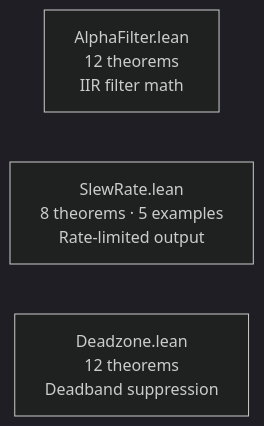
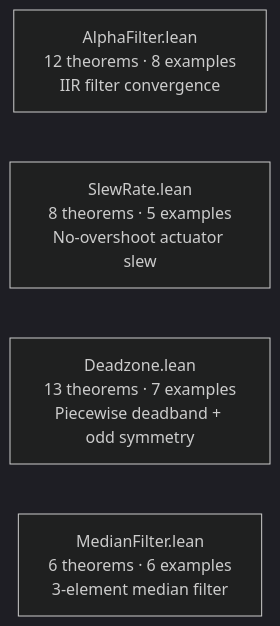
The third of 11 diagrams in formal-verification/REPORT.md (dsyme/PX4-Autopilot), drawn with Mermaid (dark theme) before and after one commit. The commit also changed other lines of this file and 3 other files, not shown here.

First line of the commit message:
feat(fv): add ExpoDeadzone Lean spec + update REPORT.md (run34)

````diff
--- a/formal-verification/REPORT.md
+++ b/formal-verification/REPORT.md
@@ -76,6 +76,7 @@
 ```mermaid
 graph LR
-    AF["AlphaFilter.lean<br/>12 theorems<br/>IIR filter math"]
-    SR["SlewRate.lean<br/>8 theorems · 5 examples<br/>Rate-limited output"]
-    DZ["Deadzone.lean<br/>12 theorems<br/>Deadband suppression"]
+    AF["AlphaFilter.lean<br/>12 theorems · 8 examples<br/>IIR filter convergence"]
+    SR["SlewRate.lean<br/>8 theorems · 5 examples<br/>No-overshoot actuator slew"]
+    DZ["Deadzone.lean<br/>13 theorems · 7 examples<br/>Piecewise deadband + odd symmetry"]
+    MF["MedianFilter.lean<br/>6 theorems · 6 examples<br/>3-element median filter"]
 ```
````
